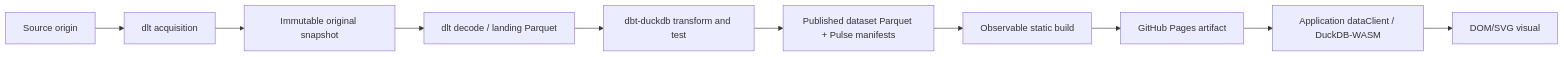
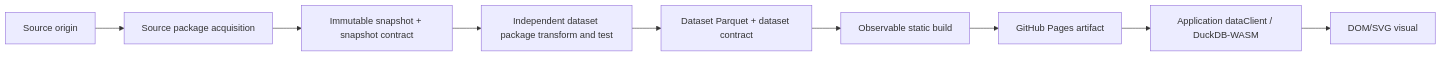
Before and after one commit to Tekrunner/pulse: the first of 3 diagrams in _bmad-output/planning-artifacts/architecture/architecture-pulse-2026-08-18/ARCHITECTURE-SPINE.md, drawn with Mermaid. The commit also changed other lines of this file and 57 other files, not shown here.

Commit message:
refactor(data): separate source and dataset packages

````diff
--- a/_bmad-output/planning-artifacts/architecture/architecture-pulse-2026-08-18/ARCHITECTURE-SPINE.md
+++ b/_bmad-output/planning-artifacts/architecture/architecture-pulse-2026-08-18/ARCHITECTURE-SPINE.md
@@ -26,12 +26,11 @@
 ```mermaid
 flowchart LR
-    O[Source origin] --> I[dlt acquisition]
-    I --> S[Immutable original snapshot]
-    S --> L[dlt decode / landing Parquet]
-    L --> D[dbt-duckdb transform and test]
-    D --> P[Published dataset Parquet + Pulse manifests]
+    O[Source origin] --> I[Source package acquisition]
+    I --> S[Immutable snapshot + snapshot contract]
+    S --> D[Independent dataset package transform and test]
+    D --> P[Dataset Parquet + dataset contract]
     P --> B[Observable static build]
     B --> G[GitHub Pages artifact]
     G --> Q[Application dataClient / DuckDB-WASM]
     Q --> V[DOM/SVG visual]
 ```
````
